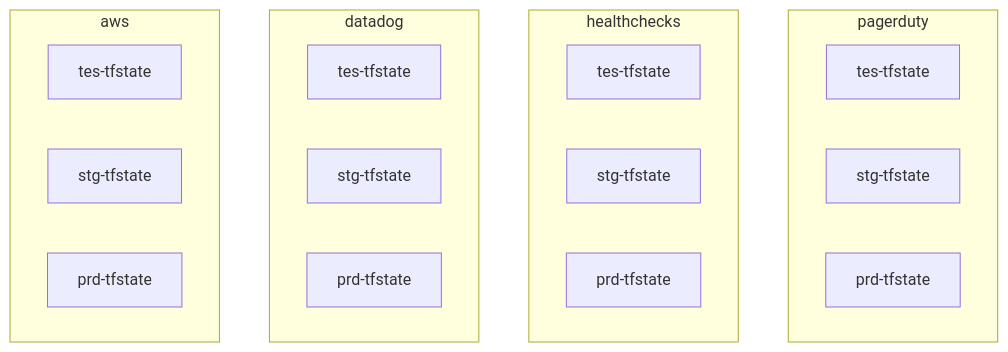
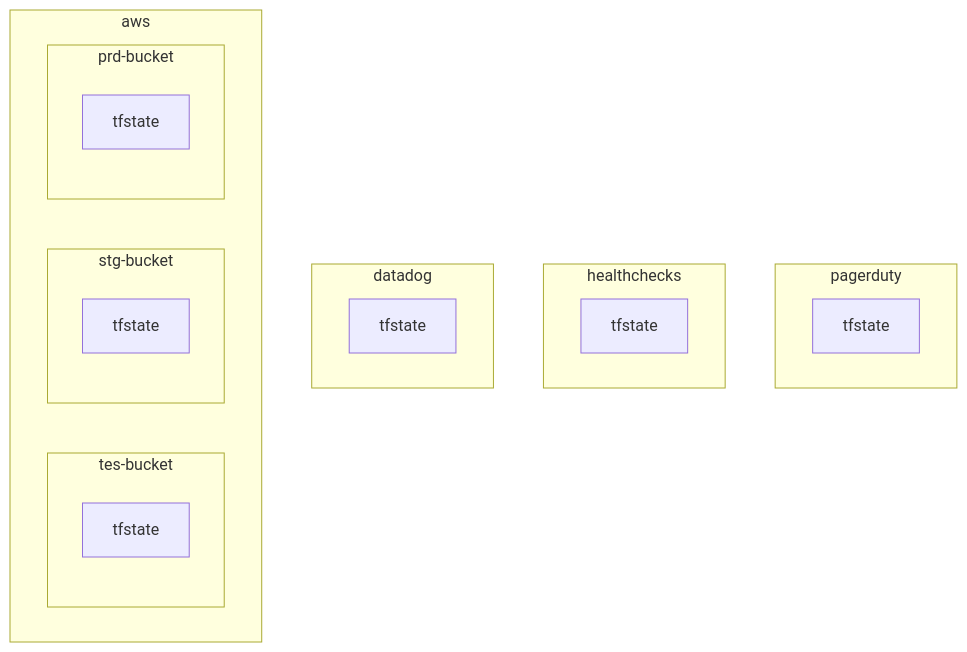
The second of 7 diagrams in docs/infrastructure_as_code/infrastructure_as_code_terraform_policy_tfstate.md (hiroki-it/tech-notebook), drawn with Mermaid before and after one commit. The commit also changed other lines of this file and 2 other files, not shown here.

````diff
--- a/docs/infrastructure_as_code/infrastructure_as_code_terraform_policy_tfstate.md
+++ b/docs/infrastructure_as_code/infrastructure_as_code_terraform_policy_tfstate.md
@@ -307,23 +307,23 @@
 ```mermaid
 graph TB
     subgraph pagerduty
-    J[tes-tfstate]
-    K[stg-tfstate]
-    L[prd-tfstate]
+        PagerDuty[tfstate]
     end
     subgraph healthchecks
-    G[tes-tfstate]
-    H[stg-tfstate]
-    I[prd-tfstate]
+        HealthChecks[tfstate]
     end
     subgraph datadog
-    D[tes-tfstate]
-    E[stg-tfstate]
-    F[prd-tfstate]
+        Datadog[tfstate]
     end
     subgraph aws
-    A[tes-tfstate]
-    B[stg-tfstate]
-    C[prd-tfstate]
+        subgraph tes-bucket
+            Tes[tfstate]
+        end
+        subgraph stg-bucket
+            Stg[tfstate]
+        end
+        subgraph prd-bucket
+            Prd[tfstate]
+        end
     end
 ```
````
